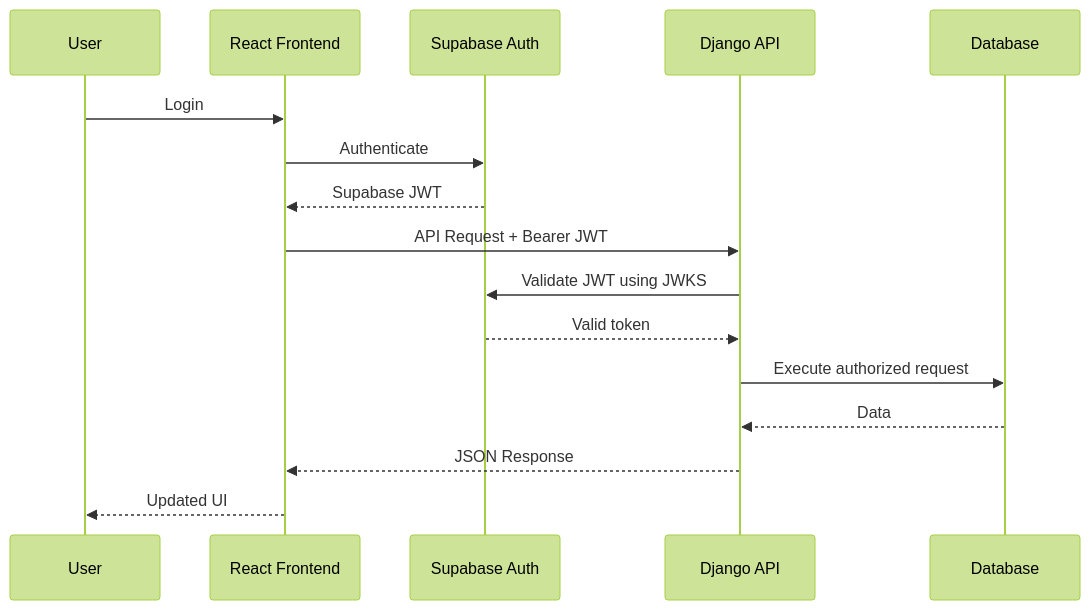
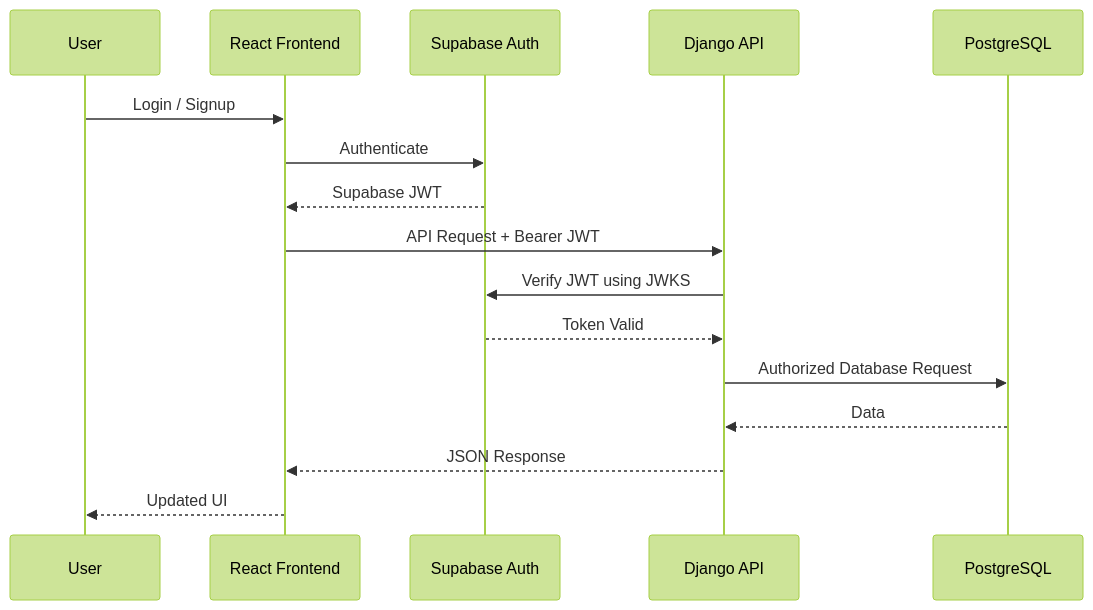
The fifth of 12 diagrams in README.md (Anshikakhandelwall/HackInMotion-RICR-HIM-1084), drawn with Mermaid (forest theme) before and after one commit. The commit also changed other lines of this file, not shown here.

````diff
--- a/README.md
+++ b/README.md
@@ -602,21 +556,22 @@
 ```mermaid
 sequenceDiagram
 
     participant U as User
     participant F as React Frontend
     participant S as Supabase Auth
     participant D as Django API
-    participant DB as Database
+    participant DB as PostgreSQL
 
-    U->>F: Login
+    U->>F: Login / Signup
     F->>S: Authenticate
     S-->>F: Supabase JWT
 
     F->>D: API Request + Bearer JWT
-    D->>S: Validate JWT using JWKS
-    S-->>D: Valid token
-    D->>DB: Execute authorized request
+    D->>S: Verify JWT using JWKS
+    S-->>D: Token Valid
+
+    D->>DB: Authorized Database Request
     DB-->>D: Data
     D-->>F: JSON Response
     F-->>U: Updated UI
 ```
````
